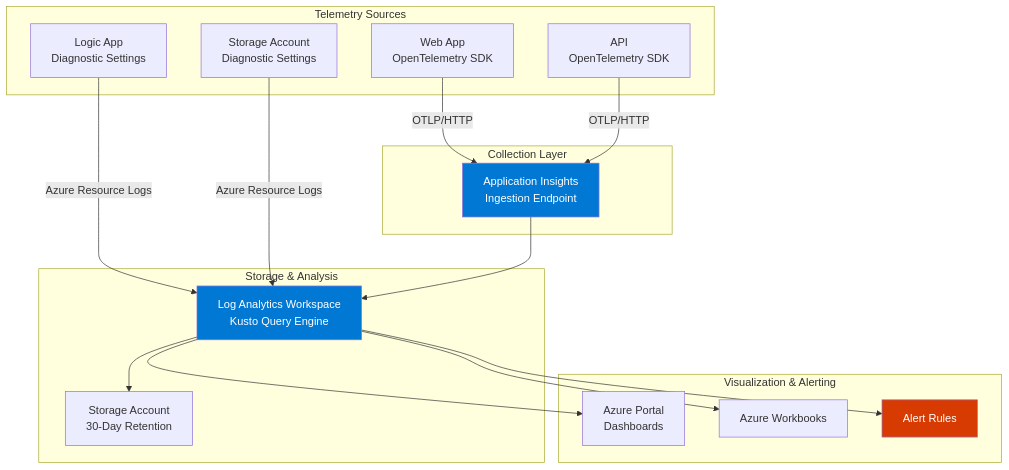
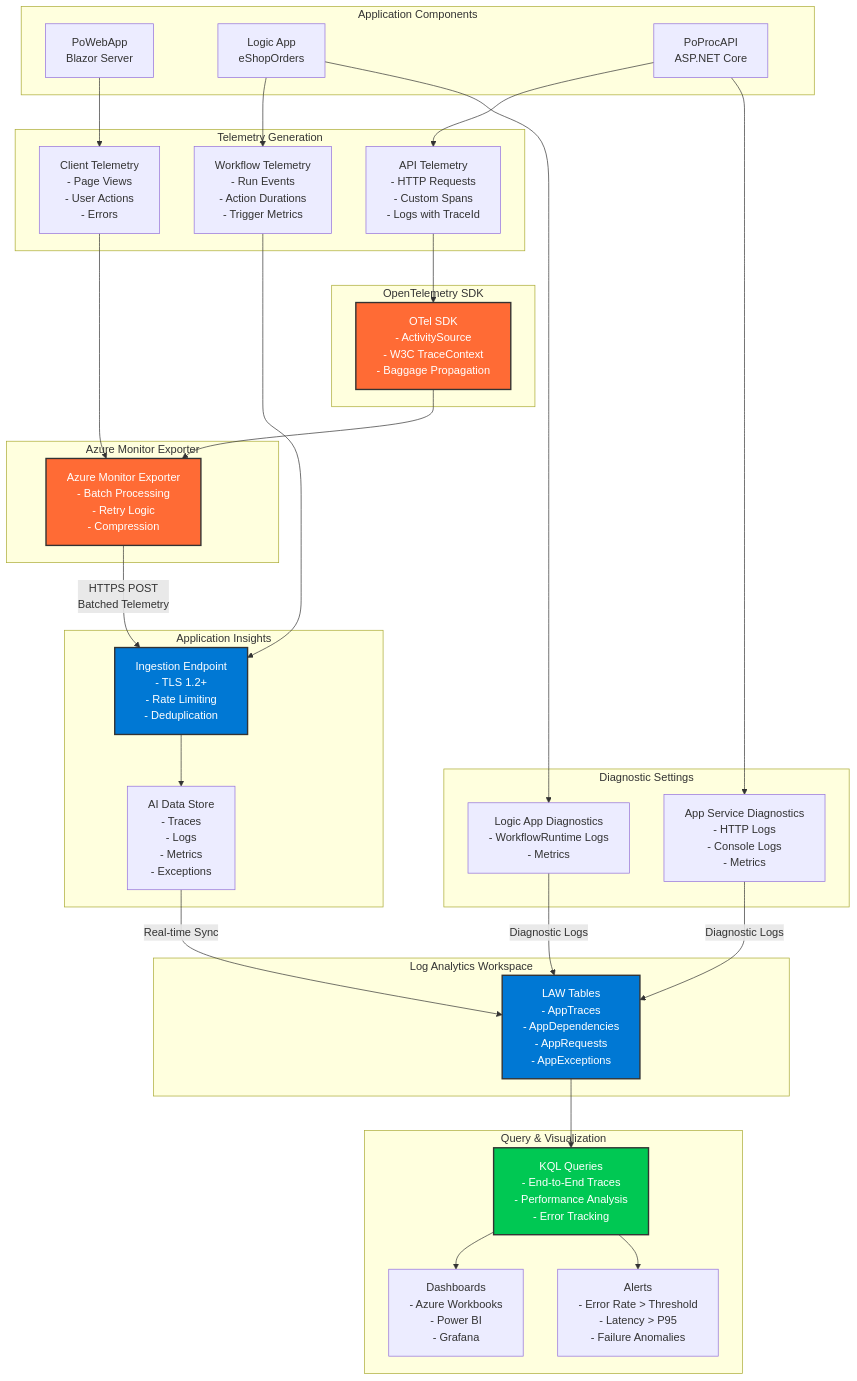
One commit to Evilazaro/Azure-LogicApps-Monitoring changed the fourth of 4 diagrams in README.md. Above: the diagram before and after it, drawn with Mermaid. The commit also changed other lines of this file, not shown here.

Commit message:
Implement feature X to enhance user experience and optimize performance

````diff
--- a/README.md
+++ b/README.md
@@ -323,39 +382,71 @@
 ```mermaid
-flowchart TB
-    subgraph Sources["Telemetry Sources"]
-        WebApp[Web App<br/>OpenTelemetry SDK]
-        API[API<br/>OpenTelemetry SDK]
-        LogicApp[Logic App<br/>Diagnostic Settings]
-        Storage[Storage Account<br/>Diagnostic Settings]
+flowchart TD
+    subgraph "Application Components"
+        BLAZOR[PoWebApp<br/>Blazor Server]
+        LA[Logic App<br/>eShopOrders]
+        API[PoProcAPI<br/>ASP.NET Core]
     end
-
-    subgraph Collection["Collection Layer"]
-        AppInsights[Application Insights<br/>Ingestion Endpoint]
+    
+    subgraph "Telemetry Generation"
+        BLAZOR_TEL[Client Telemetry<br/>- Page Views<br/>- User Actions<br/>- Errors]
+        LA_TEL[Workflow Telemetry<br/>- Run Events<br/>- Action Durations<br/>- Trigger Metrics]
+        API_TEL[API Telemetry<br/>- HTTP Requests<br/>- Custom Spans<br/>- Logs with TraceId]
     end
-
-    subgraph Storage_Layer["Storage & Analysis"]
-        LogAnalytics[Log Analytics Workspace<br/>Kusto Query Engine]
-        LongTerm[Storage Account<br/>30-Day Retention]
+    
+    subgraph "OpenTelemetry SDK"
+        OTEL_API[OTel SDK<br/>- ActivitySource<br/>- W3C TraceContext<br/>- Baggage Propagation]
     end
-
-    subgraph Visualization["Visualization & Alerting"]
-        Portal[Azure Portal<br/>Dashboards]
-        Workbooks[Azure Workbooks]
-        Alerts[Alert Rules]
+    
+    subgraph "Azure Monitor Exporter"
+        AM_EXP[Azure Monitor Exporter<br/>- Batch Processing<br/>- Retry Logic<br/>- Compression]
     end
-
-    WebApp -->|OTLP/HTTP| AppInsights
-    API -->|OTLP/HTTP| AppInsights
-    LogicApp -->|Azure Resource Logs| LogAnalytics
-    Storage -->|Azure Resource Logs| LogAnalytics
-
-    AppInsights --> LogAnalytics
-    LogAnalytics --> LongTerm
-    LogAnalytics --> Portal
-    LogAnalytics --> Workbooks
-    LogAnalytics --> Alerts
-
-    style AppInsights fill:#0078D4,color:#fff
-    style LogAnalytics fill:#0078D4,color:#fff
-    style Alerts fill:#D83B01,color:#fff
+    
+    subgraph "Application Insights"
+        AI_ING[Ingestion Endpoint<br/>- TLS 1.2+<br/>- Rate Limiting<br/>- Deduplication]
+        AI_STORE[AI Data Store<br/>- Traces<br/>- Logs<br/>- Metrics<br/>- Exceptions]
+    end
+    
+    subgraph "Log Analytics Workspace"
+        LAW_TABLES[LAW Tables<br/>- AppTraces<br/>- AppDependencies<br/>- AppRequests<br/>- AppExceptions]
+    end
+    
+    subgraph "Diagnostic Settings"
+        DIAG_LA[Logic App Diagnostics<br/>- WorkflowRuntime Logs<br/>- Metrics]
+        DIAG_API[App Service Diagnostics<br/>- HTTP Logs<br/>- Console Logs<br/>- Metrics]
+    end
+    
+    subgraph "Query & Visualization"
+        KQL[KQL Queries<br/>- End-to-End Traces<br/>- Performance Analysis<br/>- Error Tracking]
+        DASH[Dashboards<br/>- Azure Workbooks<br/>- Power BI<br/>- Grafana]
+        ALERT[Alerts<br/>- Error Rate > Threshold<br/>- Latency > P95<br/>- Failure Anomalies]
+    end
+    
+    %% Flow
+    BLAZOR --> BLAZOR_TEL
+    LA --> LA_TEL
+    API --> API_TEL
+    
+    API_TEL --> OTEL_API
+    OTEL_API --> AM_EXP
+    BLAZOR_TEL --> AM_EXP
+    LA_TEL --> AI_ING
+    
+    AM_EXP -->|HTTPS POST<br/>Batched Telemetry| AI_ING
+    AI_ING --> AI_STORE
+    AI_STORE -->|Real-time Sync| LAW_TABLES
+    
+    LA --> DIAG_LA
+    API --> DIAG_API
+    DIAG_LA -->|Diagnostic Logs| LAW_TABLES
+    DIAG_API -->|Diagnostic Logs| LAW_TABLES
+    
+    LAW_TABLES --> KQL
+    KQL --> DASH
+    KQL --> ALERT
+    
+    style OTEL_API fill:#FF6B35,stroke:#333,stroke-width:2px,color:#fff
+    style AM_EXP fill:#FF6B35,stroke:#333,stroke-width:2px,color:#fff
+    style AI_ING fill:#0078D4,stroke:#333,stroke-width:2px,color:#fff
+    style LAW_TABLES fill:#0078D4,stroke:#333,stroke-width:2px,color:#fff
+    style KQL fill:#00C853,stroke:#333,stroke-width:2px,color:#fff
 ```
````
